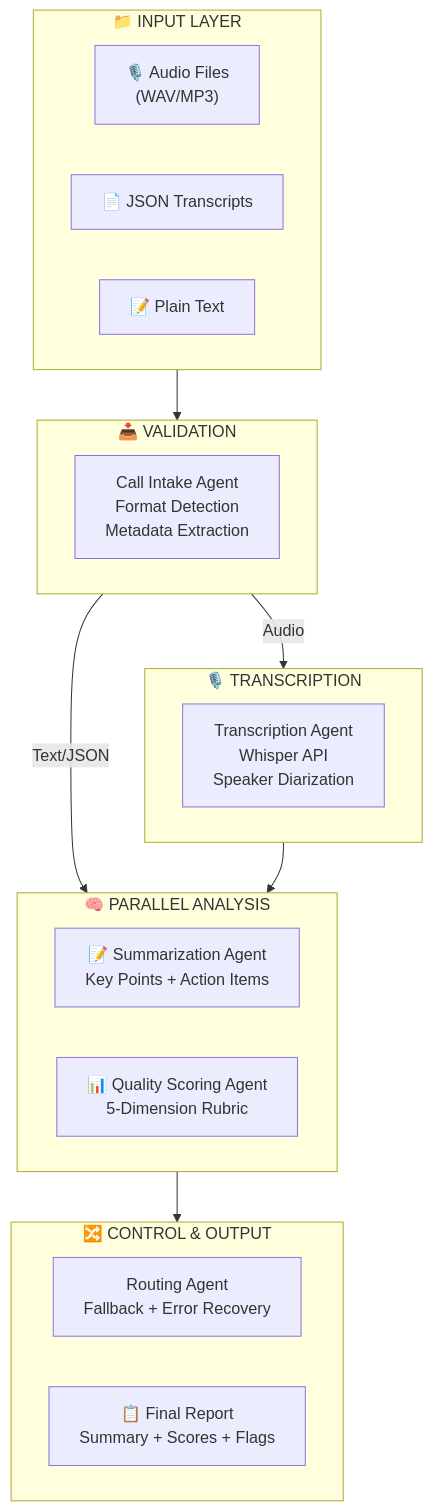
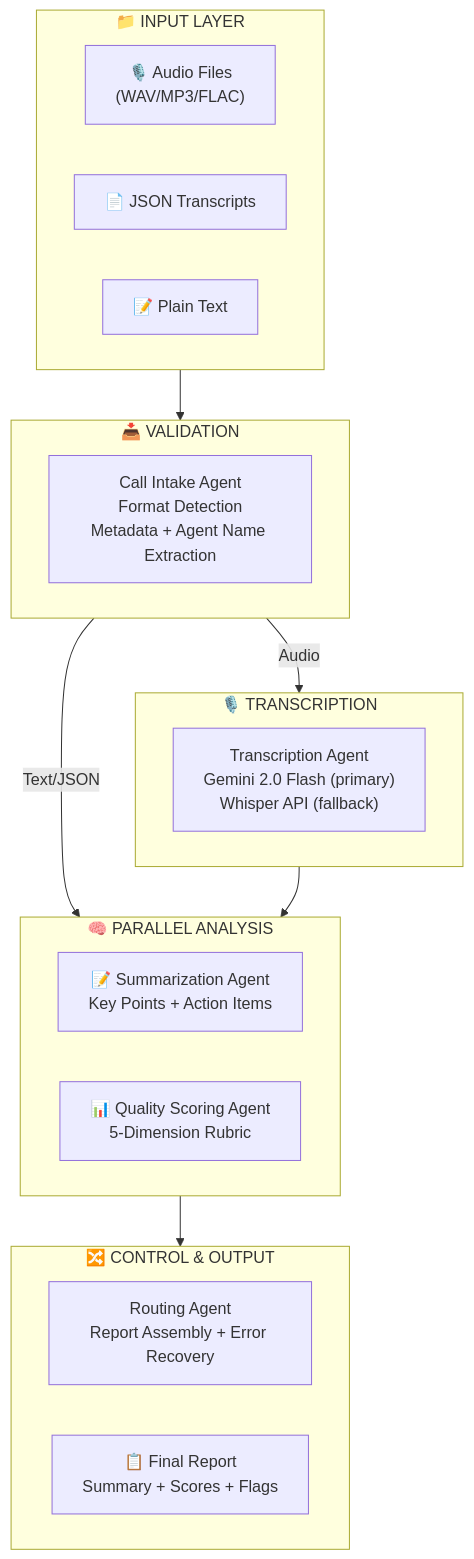
One commit to sathyaincampus/clarity-cx changed the first of 3 diagrams in docs/ARCHITECTURE.md. Above: the diagram before and after it, drawn with Mermaid. The commit also changed other lines of this file and 9 other files, not shown here.

Commit message:
docs: Add new deployment, quickstart, and code walkthrough guides, and update README and architecture documentation with new details and diagrams.

````diff
--- a/docs/ARCHITECTURE.md
+++ b/docs/ARCHITECTURE.md
@@ -29,36 +49,32 @@
 ```mermaid
 flowchart TB
     subgraph Input["📁 INPUT LAYER"]
-        Audio["🎙️ Audio Files<br/>(WAV/MP3)"]
+        Audio["🎙️ Audio Files<br/>(WAV/MP3/FLAC)"]
         JSON["📄 JSON Transcripts"]
         Text["📝 Plain Text"]
     end
 
     subgraph Validation["📥 VALIDATION"]
-        Intake["Call Intake Agent<br/>Format Detection<br/>Metadata Extraction"]
+        Intake["Call Intake Agent<br/>Format Detection<br/>Metadata + Agent Name Extraction"]
     end
 
     subgraph Transcription["🎙️ TRANSCRIPTION"]
-        STT["Transcription Agent<br/>Whisper API<br/>Speaker Diarization"]
+        STT["Transcription Agent<br/>Gemini 2.0 Flash (primary)<br/>Whisper API (fallback)"]
     end
 
     subgraph Analysis["🧠 PARALLEL ANALYSIS"]
         Summary["📝 Summarization Agent<br/>Key Points + Action Items"]
         Quality["📊 Quality Scoring Agent<br/>5-Dimension Rubric"]
     end
 
     subgraph Control["🔀 CONTROL & OUTPUT"]
-        Router["Routing Agent<br/>Fallback + Error Recovery"]
+        Router["Routing Agent<br/>Report Assembly + Error Recovery"]
         Report["📋 Final Report<br/>Summary + Scores + Flags"]
     end
 
     Input --> Validation
     Validation -->|Audio| Transcription
     Validation -->|Text/JSON| Analysis
     Transcription --> Analysis
     Analysis --> Control
-
-    classDef input fill:#3498db,stroke:#2980b9,color:white
-    classDef agent fill:#2ecc71,stroke:#27ae60,color:white
-    classDef output fill:#9b59b6,stroke:#8e44ad,color:white
 ```
````
